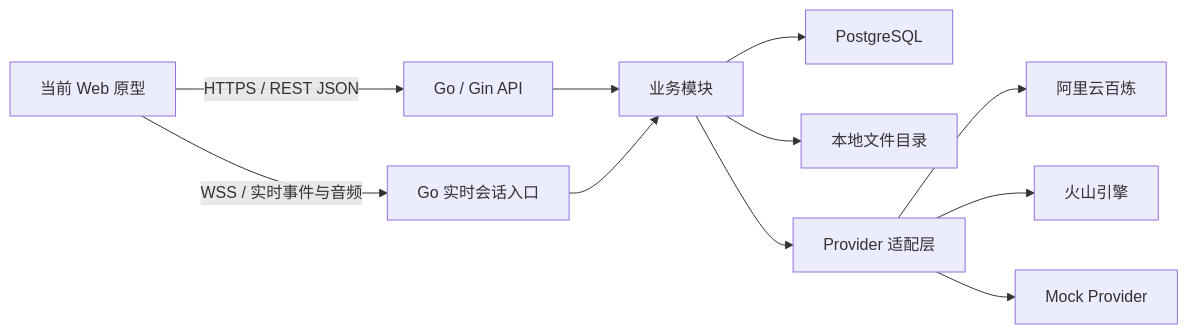
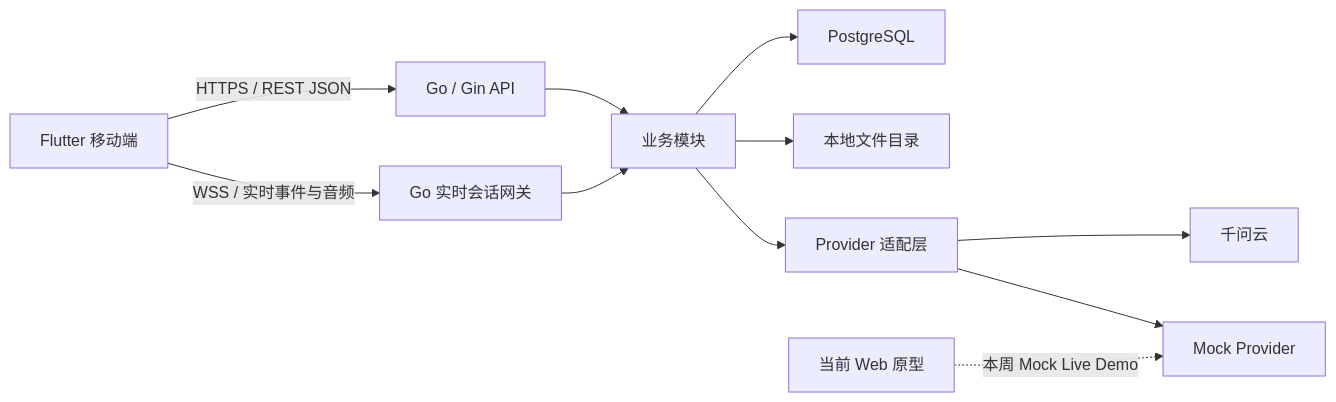
The second of 12 diagrams in docs/superpowers/specs/2026-07-14-ms1-system-architecture-design.md (Lq0412/ai-en-coach), drawn with Mermaid before and after one commit. The commit also changed other lines of this file, not shown here.

First line of the commit message:
docs(architecture): 定稿 MS1 系统架构与技术选型

````diff
--- a/docs/superpowers/specs/2026-07-14-ms1-system-architecture-design.md
+++ b/docs/superpowers/specs/2026-07-14-ms1-system-architecture-design.md
@@ -78,14 +115,15 @@
 ```mermaid
 flowchart LR
-  Browser["当前 Web 原型"] -->|"HTTPS / REST JSON"| API["Go / Gin API"]
-  Browser -->|"WSS / 实时事件与音频"| Realtime["Go 实时会话入口"]
+  Flutter["Flutter 移动端"] -->|"HTTPS / REST JSON"| API["Go / Gin API"]
+  Flutter -->|"WSS / 实时事件与音频"| Realtime["Go 实时会话网关"]
 
   API --> Core["业务模块"]
   Realtime --> Core
   Core --> DB["PostgreSQL"]
   Core --> Files["本地文件目录"]
   Core --> Providers["Provider 适配层"]
-  Providers --> Alibaba["阿里云百炼"]
-  Providers --> Volcano["火山引擎"]
+  Providers --> Qianwen["千问云"]
   Providers --> Mock["Mock Provider"]
+
+  Web["当前 Web 原型"] -.->|"本周 Mock Live Demo"| Mock
 ```
````
